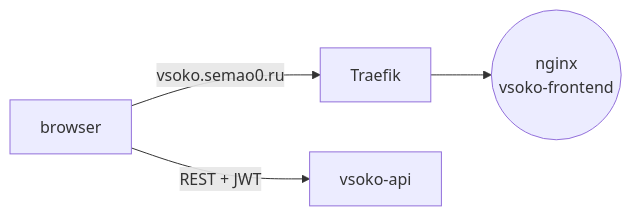
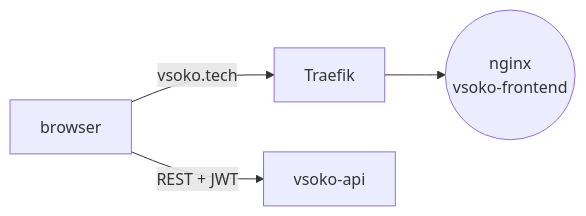
Before and after one commit to VSOKO-Project/vsoko-frontend: the diagram in README.md, drawn with Mermaid. The commit also changed other lines of this file and 6 other files, not shown here.

````diff
--- a/README.md
+++ b/README.md
@@ -14,6 +14,6 @@
 ```mermaid
 flowchart LR
-  U[browser] -->|vsoko.semao0.ru| T[Traefik]
+  U[browser] -->|vsoko.tech| T[Traefik]
   T --> S((nginx<br>vsoko-frontend))
   U -->|REST + JWT| API[vsoko-api]
 ```
````
